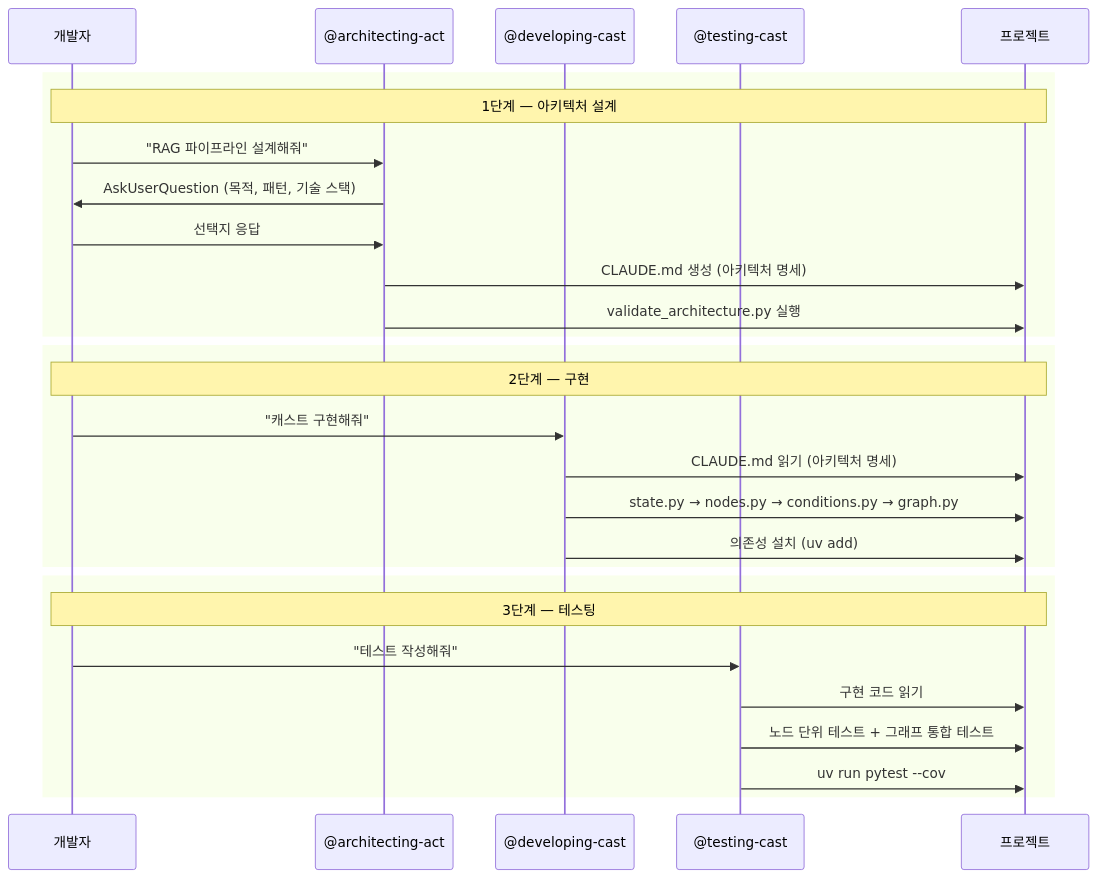
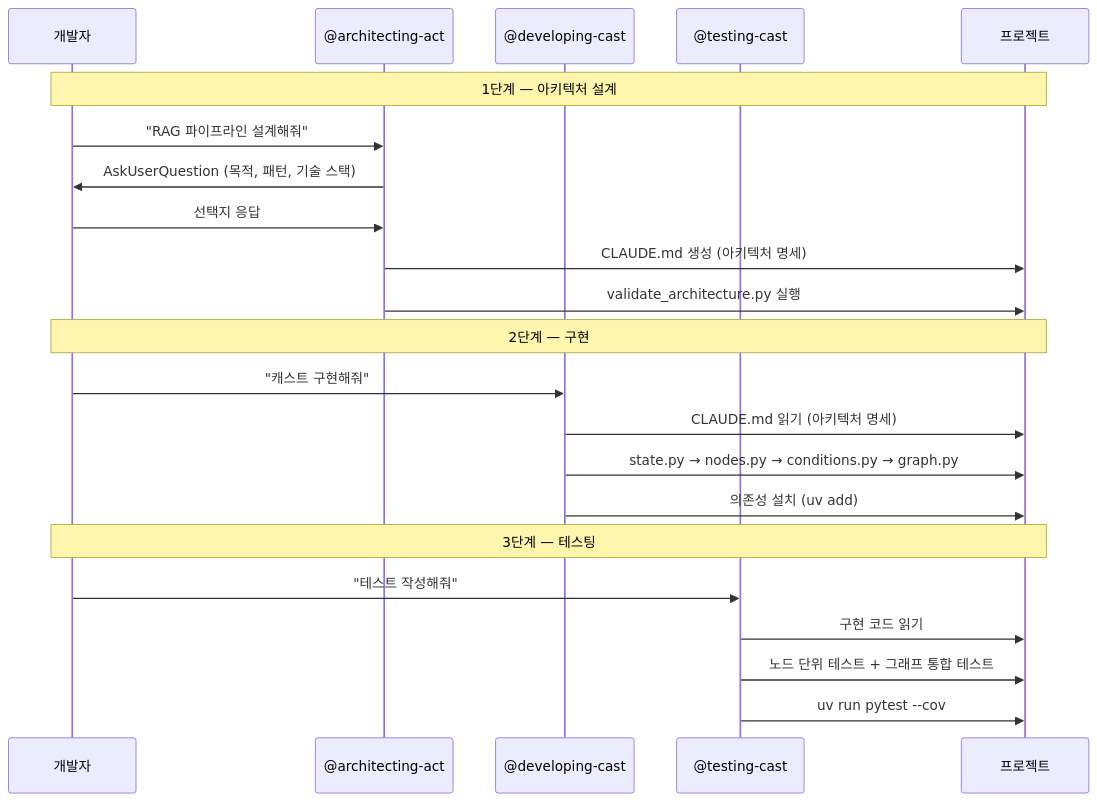
One commit to Proact0/act-operator changed the third of 3 diagrams in README_KR.md. Above: the diagram before and after it, drawn with Mermaid. The commit also changed 1 other file, not shown here.

Commit message:
docs: streamline sequence diagram formatting in README for improved clarity and consistency across project phases

````diff
--- a/README_KR.md
+++ b/README_KR.md
@@ -235,33 +235,27 @@
 ```mermaid
 sequenceDiagram
     participant U as 개발자
     participant AA as @architecting-act
     participant DC as @developing-cast
     participant TC as @testing-cast
     participant P as 프로젝트
 
-    rect
-        Note over U,P: 1단계 — 아키텍처 설계
-        U->>AA: "RAG 파이프라인 설계해줘"
-        AA->>U: AskUserQuestion (목적, 패턴, 기술 스택)
-        U->>AA: 선택지 응답
-        AA->>P: CLAUDE.md 생성 (아키텍처 명세)
-        AA->>P: validate_architecture.py 실행
-    end
+    Note over U,P: 1단계 — 아키텍처 설계
+    U->>AA: "RAG 파이프라인 설계해줘"
+    AA->>U: AskUserQuestion (목적, 패턴, 기술 스택)
+    U->>AA: 선택지 응답
+    AA->>P: CLAUDE.md 생성 (아키텍처 명세)
+    AA->>P: validate_architecture.py 실행
 
-    rect
-        Note over U,P: 2단계 — 구현
-        U->>DC: "캐스트 구현해줘"
-        DC->>P: CLAUDE.md 읽기 (아키텍처 명세)
-        DC->>P: state.py → nodes.py → conditions.py → graph.py
-        DC->>P: 의존성 설치 (uv add)
-    end
+    Note over U,P: 2단계 — 구현
+    U->>DC: "캐스트 구현해줘"
+    DC->>P: CLAUDE.md 읽기 (아키텍처 명세)
+    DC->>P: state.py → nodes.py → conditions.py → graph.py
+    DC->>P: 의존성 설치 (uv add)
 
-    rect
-        Note over U,P: 3단계 — 테스팅
-        U->>TC: "테스트 작성해줘"
-        TC->>P: 구현 코드 읽기
-        TC->>P: 노드 단위 테스트 + 그래프 통합 테스트
-        TC->>P: uv run pytest --cov
-    end
+    Note over U,P: 3단계 — 테스팅
+    U->>TC: "테스트 작성해줘"
+    TC->>P: 구현 코드 읽기
+    TC->>P: 노드 단위 테스트 + 그래프 통합 테스트
+    TC->>P: uv run pytest --cov
 ```
````
